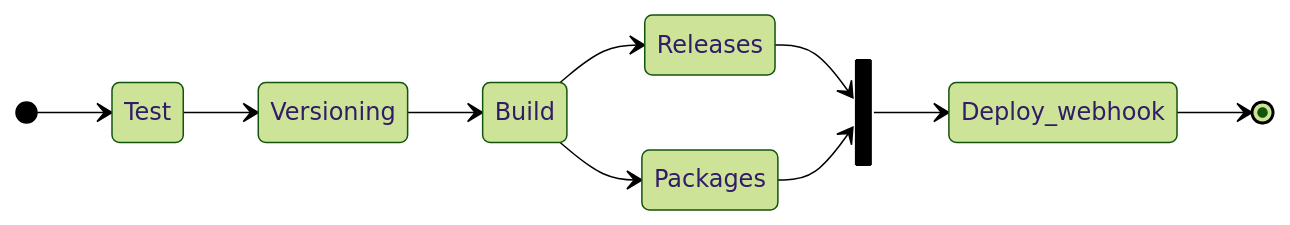
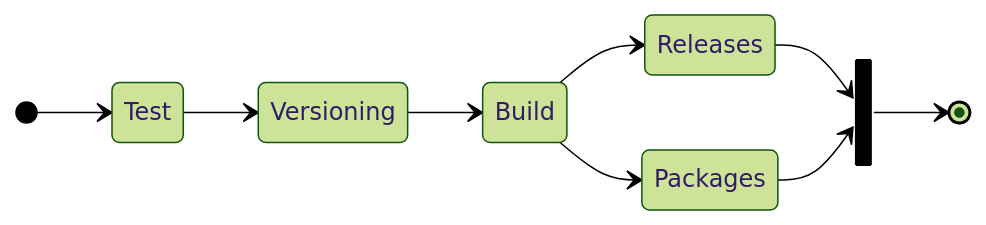
Before and after one commit to ReSupplyOrg/dealer: the first of 3 diagrams in docs/CICD.md, drawn with Mermaid (forest theme). The commit also changed other lines of this file, not shown here.

````diff
--- a/docs/CICD.md
+++ b/docs/CICD.md
@@ -13,15 +13,14 @@
 ```mermaid
 stateDiagram-v2
 	direction LR
 	
 	[*] --> Test
 	Test --> Versioning
 	Versioning --> Build
 	Build --> Packages
 	Build --> Releases
 	state release_state <<join>>
 	Releases --> release_state
 	Packages --> release_state
-	release_state --> Deploy_webhook
-	Deploy_webhook --> [*]
+	release_state --> [*]
 ```
````
